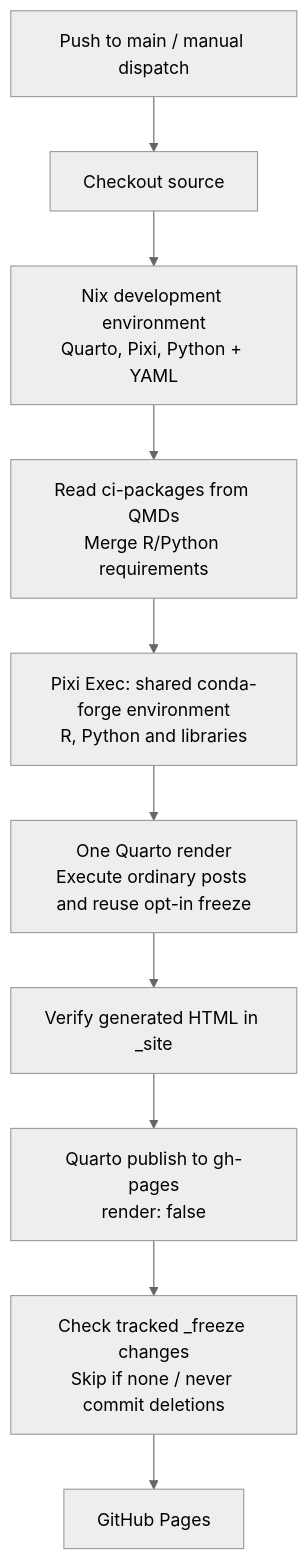
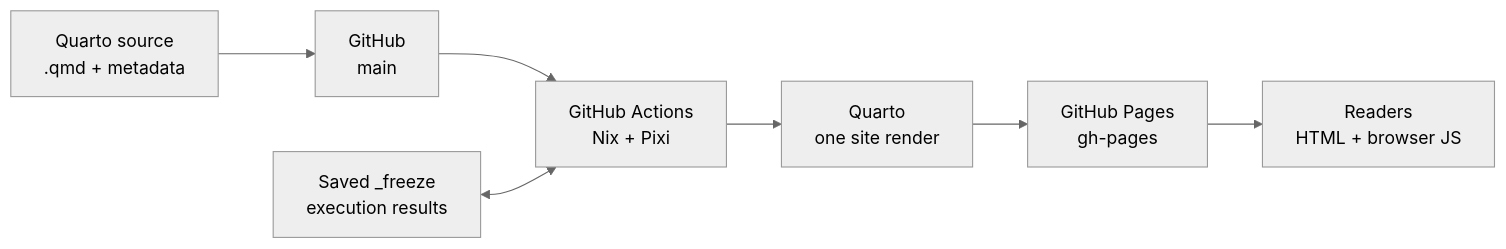
The diagram in about/blog/index.qmd (YONGHUNI/blog), drawn with Mermaid (neutral theme) before and after one commit. The commit also changed other lines of this file and 8 other files, not shown here.

Commit message:
docs: build visual Quarto documentation hub with Mermaid and Observable JS

````diff
--- a/about/blog/index.qmd
+++ b/about/blog/index.qmd
@@ -64,13 +23,10 @@
 ```{mermaid}
-%%| fig-cap: "Nix + Pixi + Quarto one-pass CI/CD pipeline"
-flowchart TD
-    A["Push to main / manual dispatch"] --> B["Checkout source"]
-    B --> C["Nix development environment<br>Quarto, Pixi, Python + YAML"]
-    C --> D["Read ci-packages from QMDs<br>Merge R/Python requirements"]
-    D --> E["Pixi Exec: shared conda-forge environment<br>R, Python and libraries"]
-    E --> F["One Quarto render<br>Execute ordinary posts and reuse opt-in freeze"]
-    F --> G["Verify generated HTML in _site"]
-    G --> H["Quarto publish to gh-pages<br>render: false"]
-    H --> I["Check tracked _freeze changes<br>Skip if none / never commit deletions"]
-    I --> J["GitHub Pages"]
+%%| fig-cap: "The build runs on GitHub Actions; readers receive a static website."
+flowchart LR
+    A["Quarto source<br/>.qmd + metadata"] --> B["GitHub<br/>main"]
+    B --> C["GitHub Actions<br/>Nix + Pixi"]
+    C --> D["Quarto<br/>one site render"]
+    D --> E["GitHub Pages<br/>gh-pages"]
+    F["Saved _freeze<br/>execution results"] <--> C
+    E --> G["Readers<br/>HTML + browser JS"]
 ```
````
